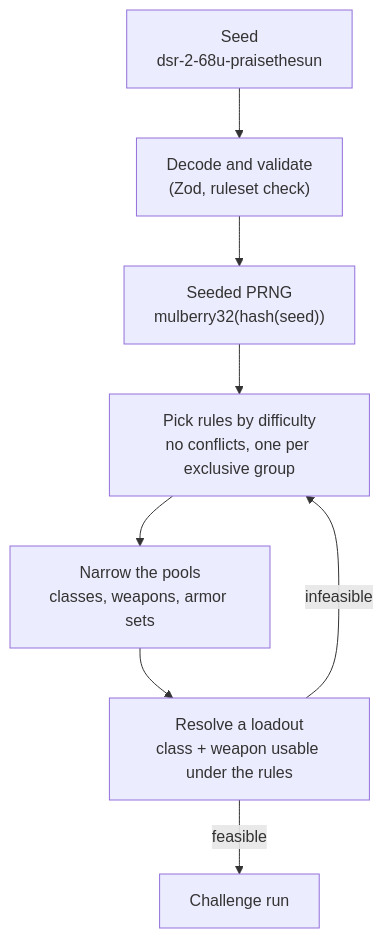
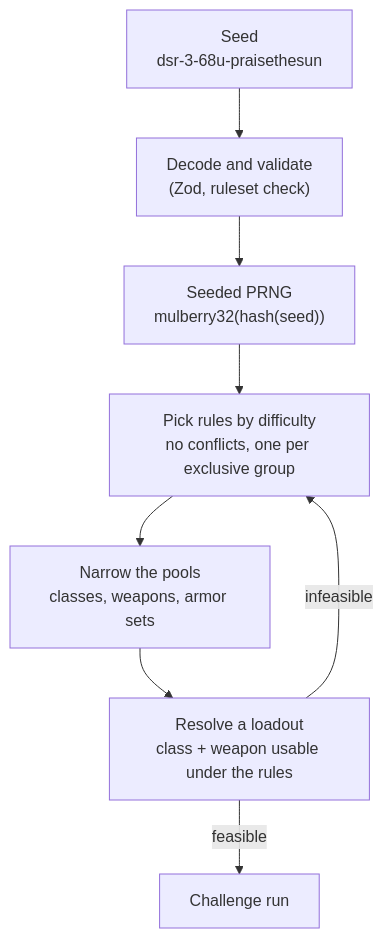
One commit to localhost-ayu/souls-challenge-generator changed the diagram in README.md. Above: the diagram before and after it, drawn with Mermaid. The commit also changed other lines of this file and 16 other files, not shown here.

````diff
--- a/README.md
+++ b/README.md
@@ -40,10 +40,10 @@
 ```mermaid
 flowchart TD
-    seed["Seed<br/>dsr-2-68u-praisethesun"] --> decode["Decode and validate<br/>(Zod, ruleset check)"]
+    seed["Seed<br/>dsr-3-68u-praisethesun"] --> decode["Decode and validate<br/>(Zod, ruleset check)"]
     decode --> rng["Seeded PRNG<br/>mulberry32(hash(seed))"]
     rng --> select["Pick rules by difficulty<br/>no conflicts, one per exclusive group"]
     select --> narrow["Narrow the pools<br/>classes, weapons, armor sets"]
     narrow --> resolve["Resolve a loadout<br/>class + weapon usable under the rules"]
     resolve -->|feasible| run["Challenge run"]
     resolve -->|infeasible| select
 ```
````
